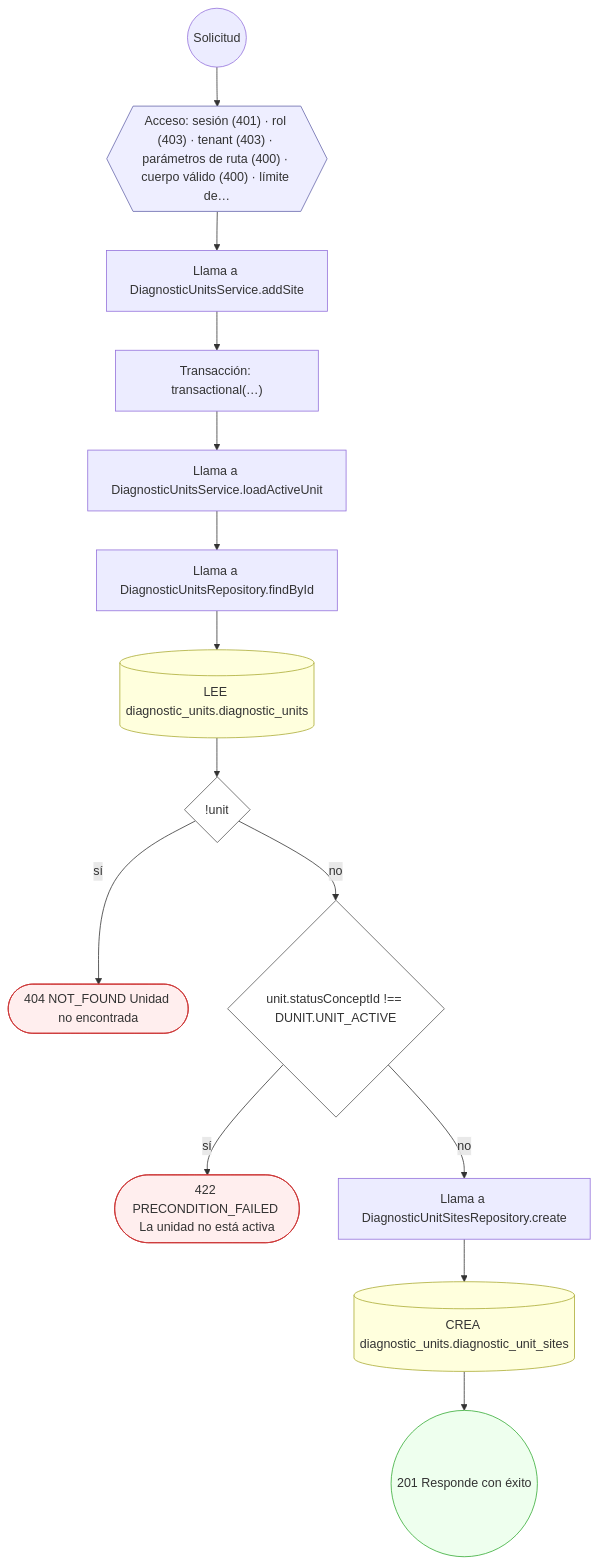
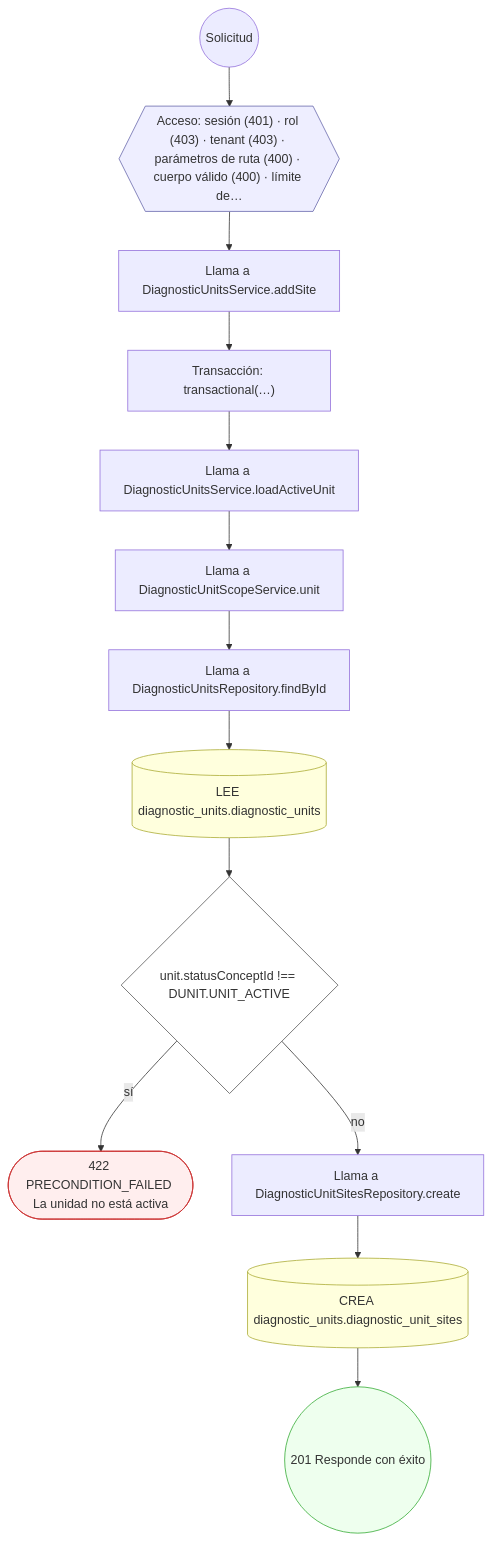
Diagram 13 of 19 in docs/inventario/flujos/diagnostic_units.md (mdavila-2001/mantra-core-health-api), drawn with Mermaid before and after one commit. The commit also changed other lines of this file and 438 other files, not shown here.

````diff
--- a/docs/inventario/flujos/diagnostic_units.md
+++ b/docs/inventario/flujos/diagnostic_units.md
@@ -990,36 +985,34 @@
 ```mermaid
 flowchart TD
   n1(("Solicitud")):::inicio
   n2{{"Acceso: sesión (401) · rol (403) · tenant (403) · parámetros de ruta (400) · cuerpo válido (400) · límite de…"}}:::acceso
   n1 --> n2
   n3["Llama a DiagnosticUnitsService.addSite"]:::llamada
   n2 --> n3
   n4["Transacción: transactional(…)"]:::transaccion
   n3 --> n4
   n5["Llama a DiagnosticUnitsService.loadActiveUnit"]:::llamada
   n4 --> n5
-  n6["Llama a DiagnosticUnitsRepository.findById"]:::llamada
+  n6["Llama a DiagnosticUnitScopeService.unit"]:::llamada
   n5 --> n6
-  n7[("LEE diagnostic_units.diagnostic_units")]:::efecto
+  n7["Llama a DiagnosticUnitsRepository.findById"]:::llamada
   n6 --> n7
-  n8{"!unit"}:::decision
+  n8[("LEE diagnostic_units.diagnostic_units")]:::efecto
   n7 --> n8
-  n9(["404 NOT_FOUND Unidad no encontrada"]):::error
-  n8 -->|"sí"| n9
-  n10{"unit.statusConceptId !== DUNIT.UNIT_ACTIVE"}:::decision
-  n8 -->|"no"| n10
-  n11(["422 PRECONDITION_FAILED La unidad no está activa"]):::error
-  n10 -->|"sí"| n11
-  n12["Llama a DiagnosticUnitSitesRepository.create"]:::llamada
-  n10 -->|"no"| n12
-  n13[("CREA diagnostic_units.diagnostic_unit_sites")]:::efecto
+  n9{"unit.statusConceptId !== DUNIT.UNIT_ACTIVE"}:::decision
+  n8 --> n9
+  n10(["422 PRECONDITION_FAILED La unidad no está activa"]):::error
+  n9 -->|"sí"| n10
+  n11["Llama a DiagnosticUnitSitesRepository.create"]:::llamada
+  n9 -->|"no"| n11
+  n12[("CREA diagnostic_units.diagnostic_unit_sites")]:::efecto
+  n11 --> n12
+  n13(("201 Responde con éxito")):::ok
   n12 --> n13
-  n14(("201 Responde con éxito")):::ok
-  n13 --> n14
   classDef acceso fill:#eef,stroke:#66a
   classDef error fill:#fee,stroke:#c33
   classDef ok fill:#efe,stroke:#3a3
   classDef efecto fill:#ffd,stroke:#aa3
   classDef decision fill:#fff,stroke:#555
   classDef corte fill:#eee,stroke:#999,stroke-dasharray: 4
 ```
````
